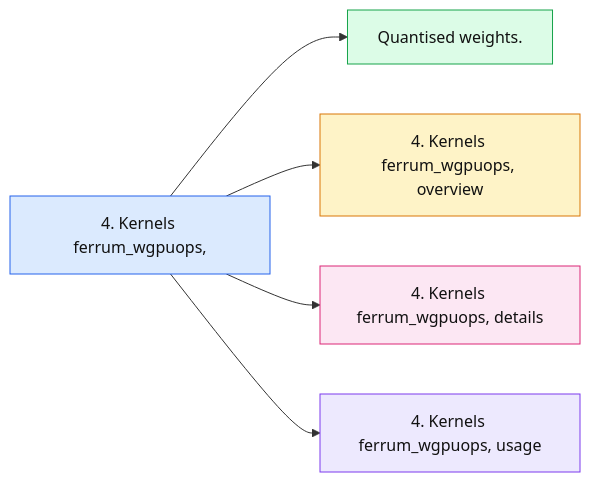
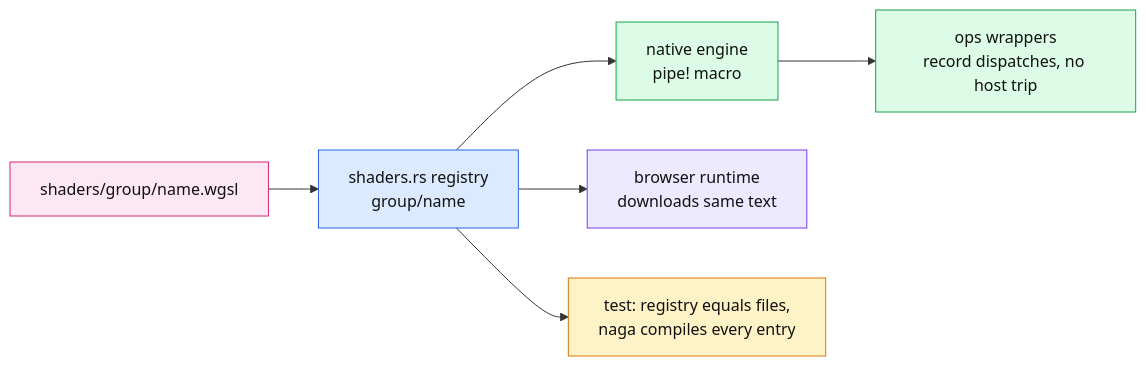
The sixth of 17 diagrams in docs/architecture.md (thomascherickal/ferrum-gpu), drawn with Mermaid before and after one commit. The commit also changed other lines of this file and 4 other files, not shown here.

First line of the commit message:
docs: hand-drawn data-flow diagrams for the readme, architecture and GUI pages

````diff
--- a/docs/architecture.md
+++ b/docs/architecture.md
@@ -124,13 +169,13 @@
 ```mermaid
 flowchart LR
-    a["4. Kernels ferrum_wgpuops,"]:::root
-    a --> n0["Quantised weights."]:::c0
-    a --> n1["4. Kernels ferrum_wgpuops, overview"]:::c1
-    a --> n2["4. Kernels ferrum_wgpuops, details"]:::c2
-    a --> n3["4. Kernels ferrum_wgpuops, usage"]:::c3
-    classDef root fill:#dbeafe,stroke:#2563eb,color:#111
-    classDef c0 fill:#dcfce7,stroke:#16a34a,color:#111
-    classDef c1 fill:#fef3c7,stroke:#d97706,color:#111
-    classDef c2 fill:#fce7f3,stroke:#db2777,color:#111
-    classDef c3 fill:#ede9fe,stroke:#7c3aed,color:#111
+    w["shaders/group/name.wgsl"]:::io --> reg["shaders.rs registry<br/>group/name"]:::core
+    reg --> nat["native engine<br/>pipe! macro"]:::gpu
+    reg --> br["browser runtime<br/>downloads same text"]:::host
+    reg --> nv["test: registry equals files,<br/>naga compiles every entry"]:::cpu
+    nat --> ops["ops wrappers<br/>record dispatches, no host trip"]:::gpu
+    classDef core fill:#dbeafe,stroke:#2563eb,color:#111
+    classDef gpu fill:#dcfce7,stroke:#16a34a,color:#111
+    classDef cpu fill:#fef3c7,stroke:#d97706,color:#111
+    classDef io fill:#fce7f3,stroke:#db2777,color:#111
+    classDef host fill:#ede9fe,stroke:#7c3aed,color:#111
 ```
````
